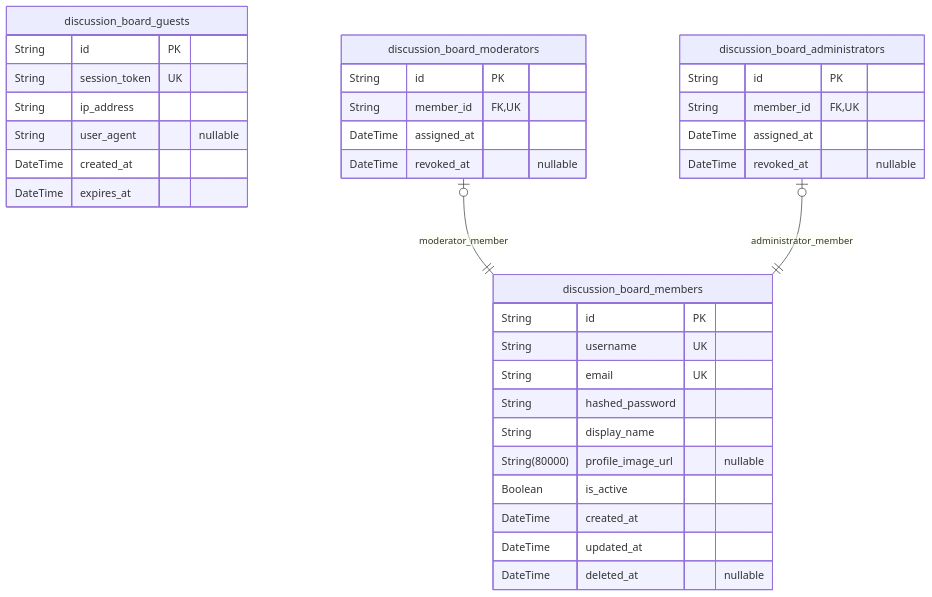
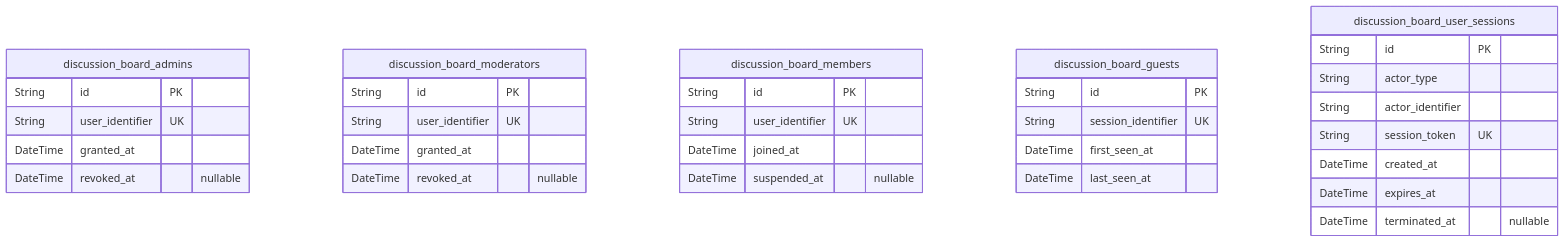
The second of 8 diagrams in docs/ERD.md (wrtnlabs/autobe-example-bbs-openai-gpt-4.1), drawn with Mermaid before and after one commit. The commit also changed other lines of this file and 1035 other files, not shown here.

````diff
--- a/docs/ERD.md
+++ b/docs/ERD.md
@@ -92,37 +134,36 @@
 ```mermaid
 erDiagram
-"discussion_board_guests" {
+"discussion_board_admins" {
   String id PK
-  String session_token UK
-  String ip_address
-  String user_agent "nullable"
-  DateTime created_at
-  DateTime expires_at
+  String user_identifier UK
+  DateTime granted_at
+  DateTime revoked_at "nullable"
+}
+"discussion_board_moderators" {
+  String id PK
+  String user_identifier UK
+  DateTime granted_at
+  DateTime revoked_at "nullable"
 }
 "discussion_board_members" {
   String id PK
-  String username UK
-  String email UK
-  String hashed_password
-  String display_name
-  String(80000) profile_image_url "nullable"
-  Boolean is_active
+  String user_identifier UK
+  DateTime joined_at
+  DateTime suspended_at "nullable"
+}
+"discussion_board_guests" {
+  String id PK
+  String session_identifier UK
+  DateTime first_seen_at
+  DateTime last_seen_at
+}
+"discussion_board_user_sessions" {
+  String id PK
+  String actor_type
+  String actor_identifier
+  String session_token UK
   DateTime created_at
-  DateTime updated_at
-  DateTime deleted_at "nullable"
+  DateTime expires_at
+  DateTime terminated_at "nullable"
 }
-"discussion_board_moderators" {
-  String id PK
-  String member_id FK,UK
-  DateTime assigned_at
-  DateTime revoked_at "nullable"
-}
-"discussion_board_administrators" {
-  String id PK
-  String member_id FK,UK
-  DateTime assigned_at
-  DateTime revoked_at "nullable"
-}
-"discussion_board_moderators" |o--|| "discussion_board_members" : moderator_member
-"discussion_board_administrators" |o--|| "discussion_board_members" : administrator_member
 ```
````
